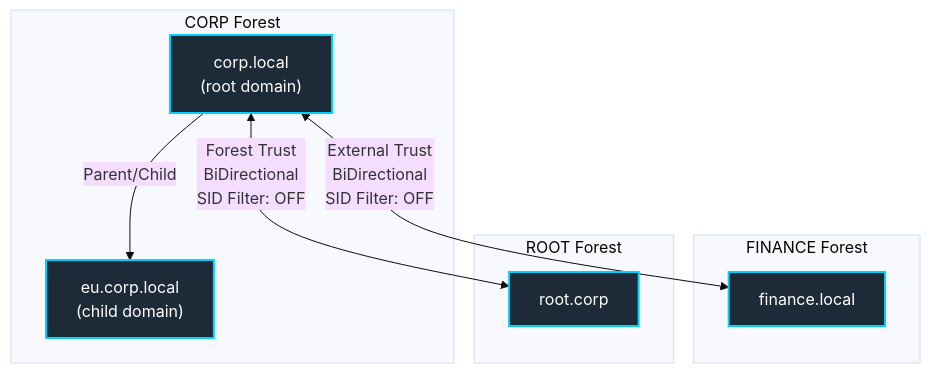
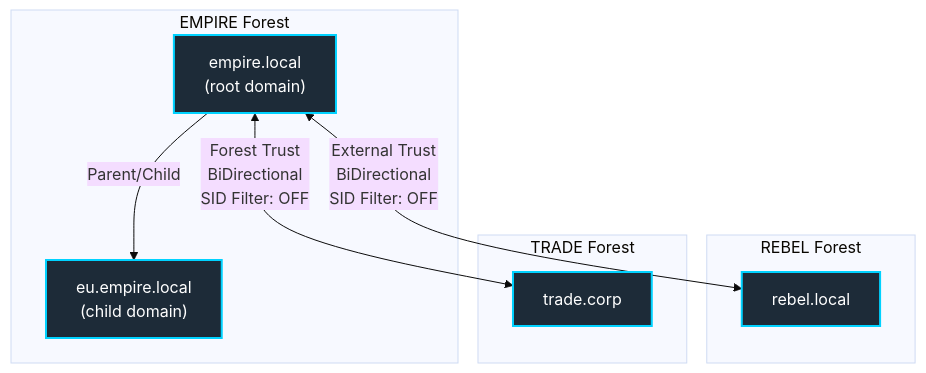
One commit to sanchitsahni/Damn-Vunerable-Active-Directory changed the second of 3 diagrams in README.md. Above: the diagram before and after it, drawn with Mermaid (base theme). The commit also changed other lines of this file and 228 other files, not shown here.

````diff
--- a/README.md
+++ b/README.md
@@ -50,21 +51,21 @@
 ```mermaid
 graph TD
     classDef domain fill:#1d2b38,stroke:#00d2ff,stroke-width:2px,color:#fff;
     
-    subgraph CORP Forest
-        CORP["corp.local<br/>(root domain)"]:::domain
-        EU["eu.corp.local<br/>(child domain)"]:::domain
-        CORP -- "Parent/Child" --> EU
+    subgraph EMPIRE Forest
+        EMPIRE["empire.local<br/>(root domain)"]:::domain
+        EU["eu.empire.local<br/>(child domain)"]:::domain
+        EMPIRE -- "Parent/Child" --> EU
     end
     
-    subgraph FINANCE Forest
-        FIN["finance.local"]:::domain
+    subgraph REBEL Forest
+        FIN["rebel.local"]:::domain
     end
     
-    subgraph ROOT Forest
-        ROOT["root.corp"]:::domain
+    subgraph TRADE Forest
+        TRADE["trade.corp"]:::domain
     end
     
-    CORP <-->|External Trust<br/>BiDirectional<br/>SID Filter: OFF| FIN
-    CORP <-->|Forest Trust<br/>BiDirectional<br/>SID Filter: OFF| ROOT
+    EMPIRE <-->|External Trust<br/>BiDirectional<br/>SID Filter: OFF| FIN
+    EMPIRE <-->|Forest Trust<br/>BiDirectional<br/>SID Filter: OFF| TRADE
 ```
````
